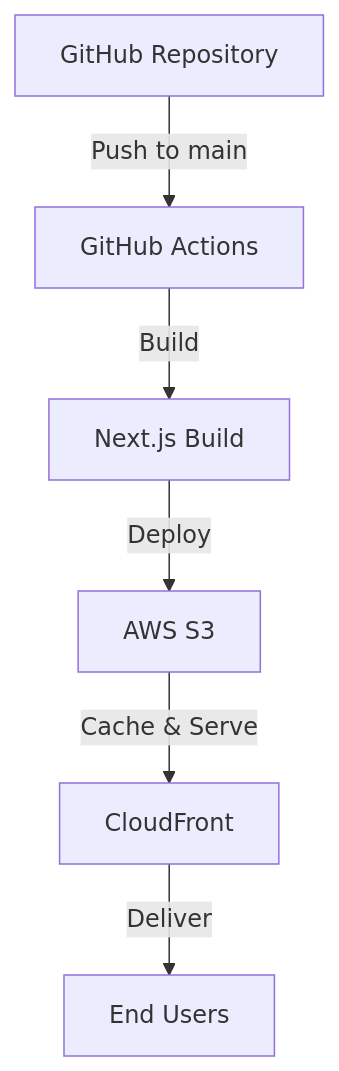
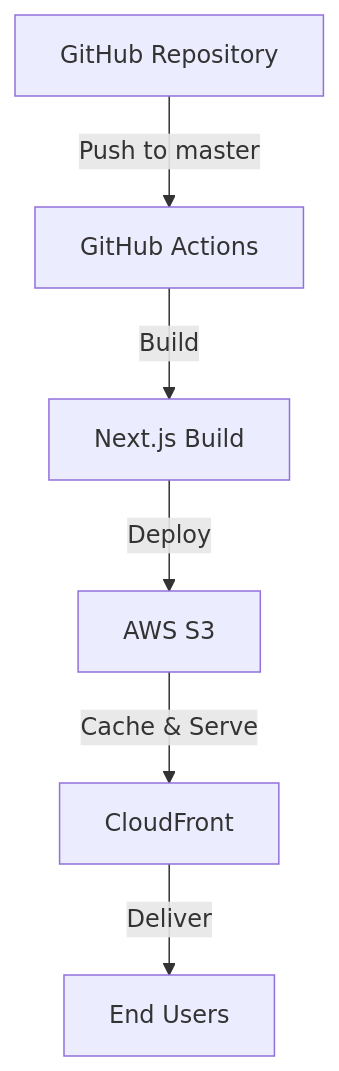
The diagram in README.md (nkcfe/front_4th_chapter4-1), drawn with Mermaid before and after one commit. The commit also changed other lines of this file and 4 other files, not shown here.

````diff
--- a/README.md
+++ b/README.md
@@ -5,8 +10,8 @@
 ```mermaid
 flowchart
-    A[GitHub Repository] -->|Push to main| B[GitHub Actions]
+    A[GitHub Repository] -->|Push to master| B[GitHub Actions]
     B -->|Build| C[Next.js Build]
     C -->|Deploy| D[AWS S3]
     D -->|Cache & Serve| E[CloudFront]
     E -->|Deliver| F[End Users]
 ```
````
